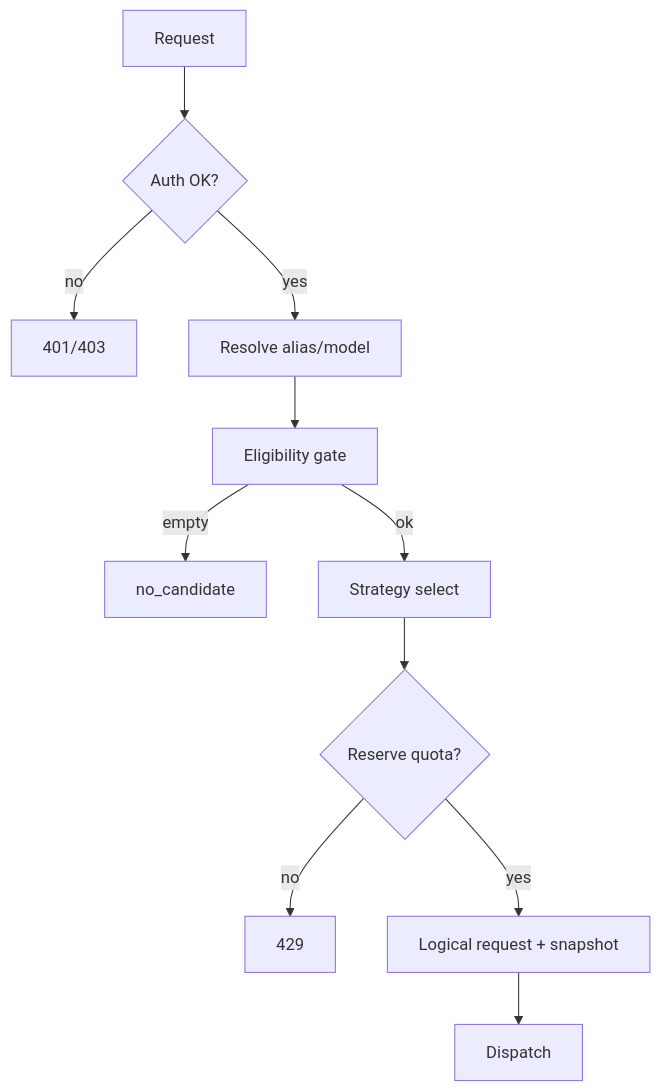
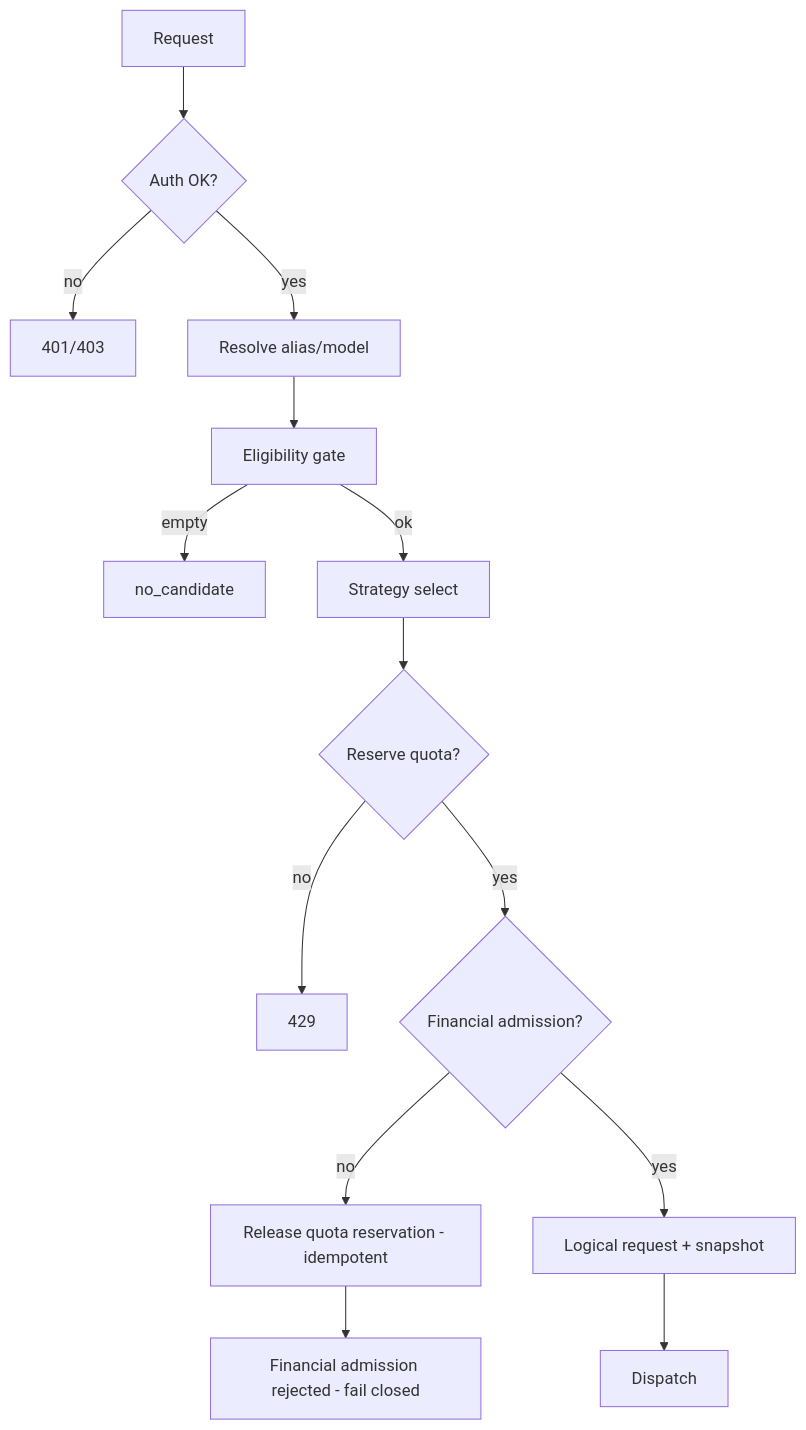
The sixth of 7 diagrams in docs/applications/llm-api/01-architecture.md (ecoma-io/ecoma), drawn with Mermaid before and after one commit. The commit also changed other lines of this file and 18 other files, not shown here.

````diff
--- a/docs/applications/llm-api/01-architecture.md
+++ b/docs/applications/llm-api/01-architecture.md
@@ -328,13 +369,16 @@
 ```mermaid
 flowchart TD
   Start[Request] --> Auth{Auth OK?}
   Auth -- no --> R401[401/403]
   Auth -- yes --> Resolve[Resolve alias/model]
   Resolve --> Elig[Eligibility gate]
   Elig -- empty --> NoCand[no_candidate]
   Elig -- ok --> Strat[Strategy select]
   Strat --> Reserve{Reserve quota?}
   Reserve -- no --> R429[429]
-  Reserve -- yes --> LR[Logical request + snapshot]
+  Reserve -- yes --> FA{Financial admission?}
+  FA -- no --> RQ[Release quota reservation - idempotent]
+  RQ --> R402[Financial admission rejected - fail closed]
+  FA -- yes --> LR[Logical request + snapshot]
   LR --> Dispatch[Dispatch]
 ```
````
